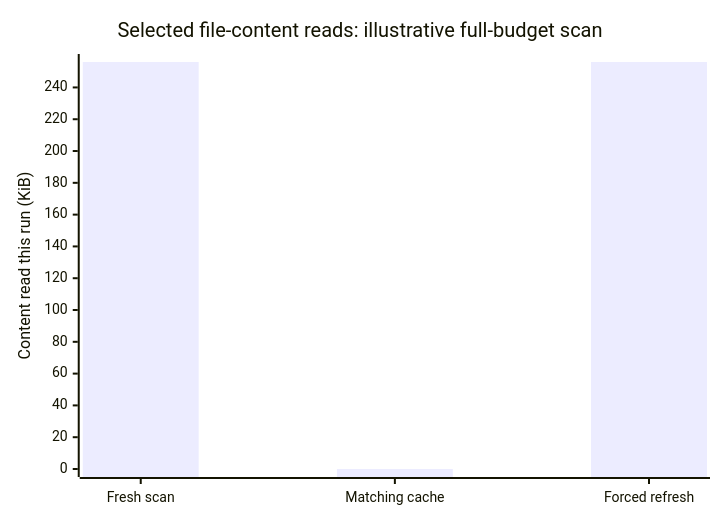
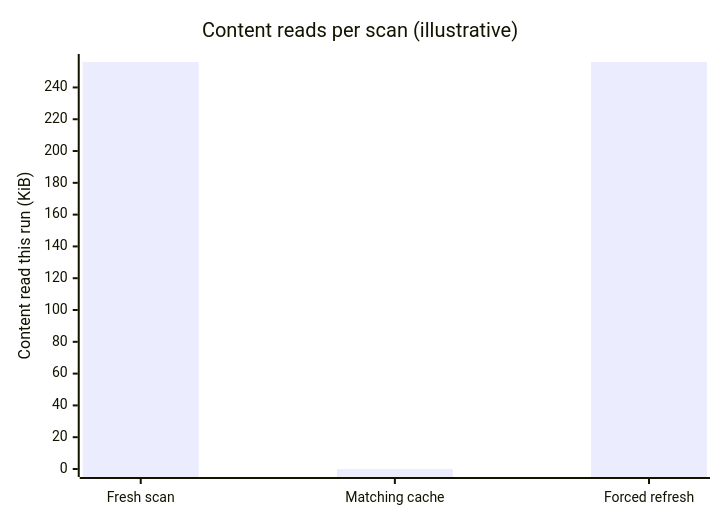
Before and after one commit to reyu110/ContextPilot: the fourth of 4 diagrams in README.md, drawn with Mermaid. The commit also changed other lines of this file, not shown here.

Commit message:
Keep README chart titles readable in narrow views

````diff
--- a/README.md
+++ b/README.md
@@ -228,7 +228,7 @@
 ```mermaid
 xychart-beta
-    title "Selected file-content reads: illustrative full-budget scan"
+    title "Content reads per scan (illustrative)"
     x-axis ["Fresh scan", "Matching cache", "Forced refresh"]
     y-axis "Content read this run (KiB)" 0 --> 256
     bar [256, 0, 256]
 ```
````
